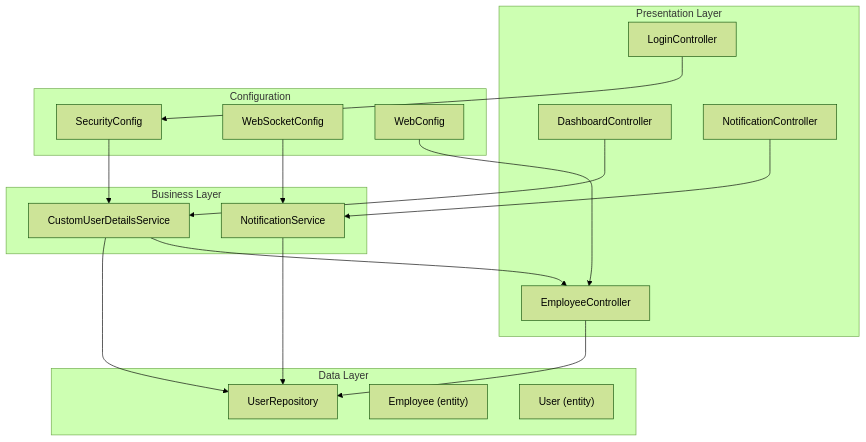
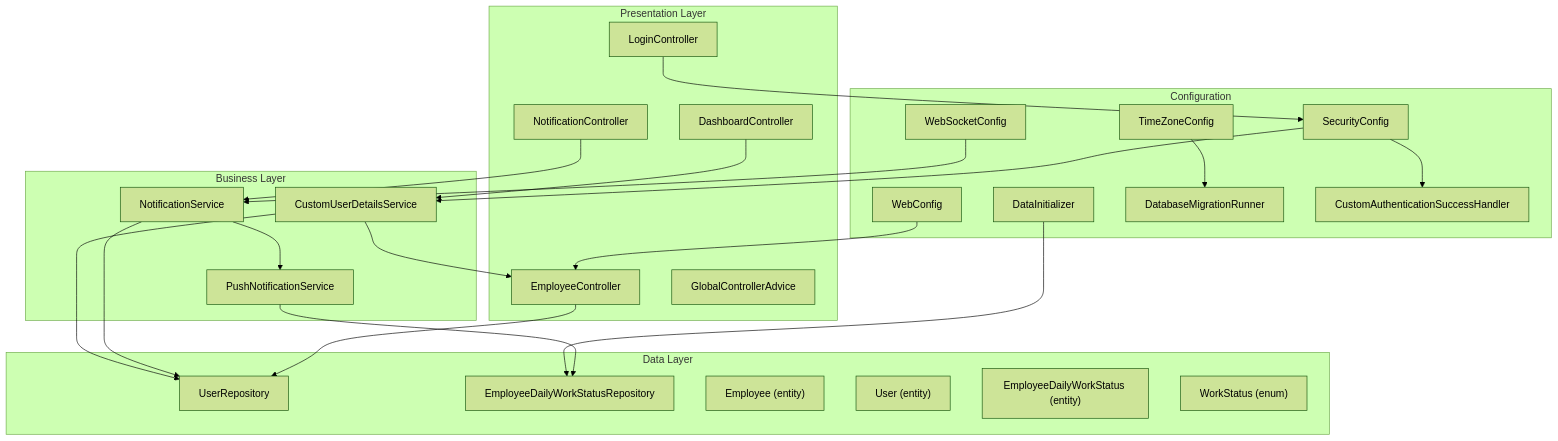
Before and after one commit to mhcybroot/Skylink-custom-backend: the first of 7 diagrams in .qoder/repowiki/en/content/Architecture and Design/Architecture and Design.md, drawn with Mermaid (forest theme). The commit also changed other lines of this file and 7 other files, not shown here.

First line of the commit message:
feat(architecture): enhance security, real-time communication, and data access layers

````diff
--- a/.qoder/repowiki/en/content/Architecture and Design/Architecture and Design.md
+++ b/.qoder/repowiki/en/content/Architecture and Design/Architecture and Design.md
@@ -45,33 +63,47 @@
 ```mermaid
 graph TB
 subgraph "Presentation Layer"
 LC["LoginController"]
 DC["DashboardController"]
 EC["EmployeeController"]
 NC["NotificationController"]
+GCA["GlobalControllerAdvice"]
 end
 subgraph "Business Layer"
 CUDS["CustomUserDetailsService"]
 NS["NotificationService"]
+PNS["PushNotificationService"]
 end
 subgraph "Data Layer"
 UR["UserRepository"]
+EDWSR["EmployeeDailyWorkStatusRepository"]
 E["Employee (entity)"]
 U["User (entity)"]
+EDWS["EmployeeDailyWorkStatus (entity)"]
+WS["WorkStatus (enum)"]
 end
 subgraph "Configuration"
 SEC["SecurityConfig"]
 WSC["WebSocketConfig"]
 WC["WebConfig"]
+TMC["TimeZoneConfig"]
+DI["DataInitializer"]
+DMR["DatabaseMigrationRunner"]
+CAS["CustomAuthenticationSuccessHandler"]
 end
 LC --> SEC
 DC --> CUDS
 EC --> UR
 NC --> NS
 NS --> UR
+NS --> PNS
+PNS --> EDWSR
 CUDS --> UR
 CUDS --> EC
 SEC --> CUDS
+SEC --> CAS
 WSC --> NS
 WC --> EC
+TMC --> DMR
+DI --> EDWSR
 ```
````
